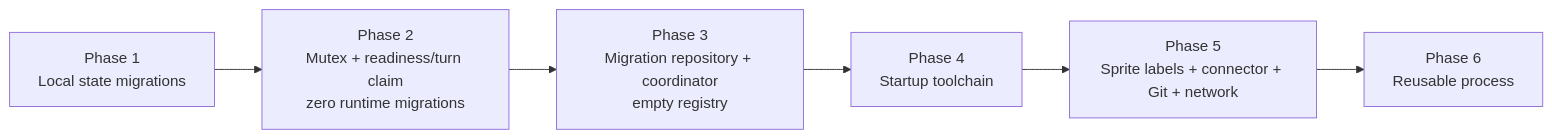
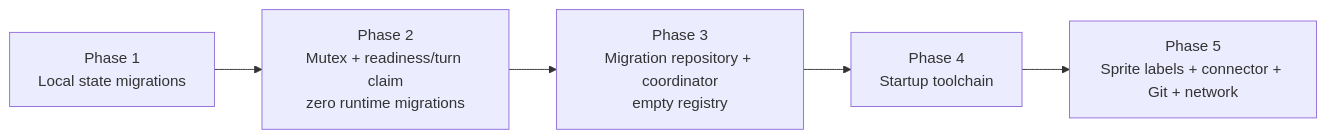
Before and after one commit to benedelstein/My-Machines: the first of 6 diagrams in openspec/changes/add-session-migrations/design.md, drawn with Mermaid. The commit also changed other lines of this file and 3 other files, not shown here.

````diff
--- a/openspec/changes/add-session-migrations/design.md
+++ b/openspec/changes/add-session-migrations/design.md
@@ -96,11 +92,10 @@
 ```mermaid
 flowchart LR
     P1["Phase 1<br/>Local state migrations"]
     P2["Phase 2<br/>Mutex + readiness/turn claim<br/>zero runtime migrations"]
     P3["Phase 3<br/>Migration repository + coordinator<br/>empty registry"]
     P4["Phase 4<br/>Startup toolchain"]
     P5["Phase 5<br/>Sprite labels + connector + Git + network"]
-    P6["Phase 6<br/>Reusable process"]
 
-    P1 --> P2 --> P3 --> P4 --> P5 --> P6
+    P1 --> P2 --> P3 --> P4 --> P5
 ```
````
